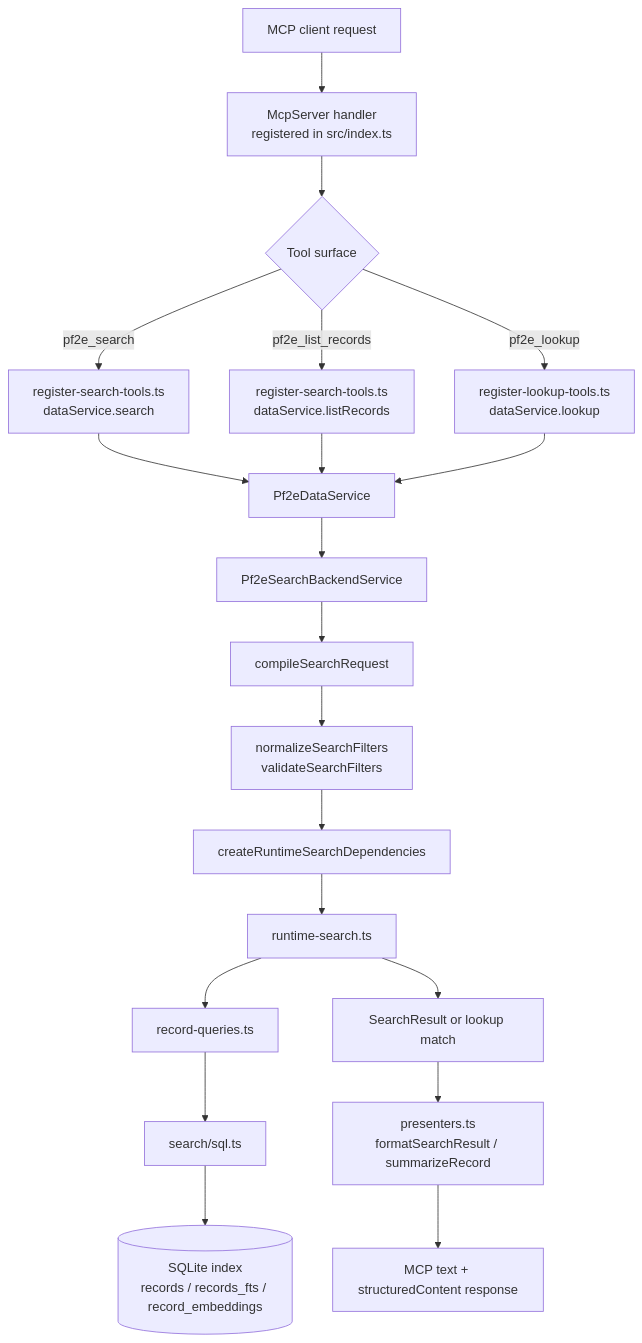
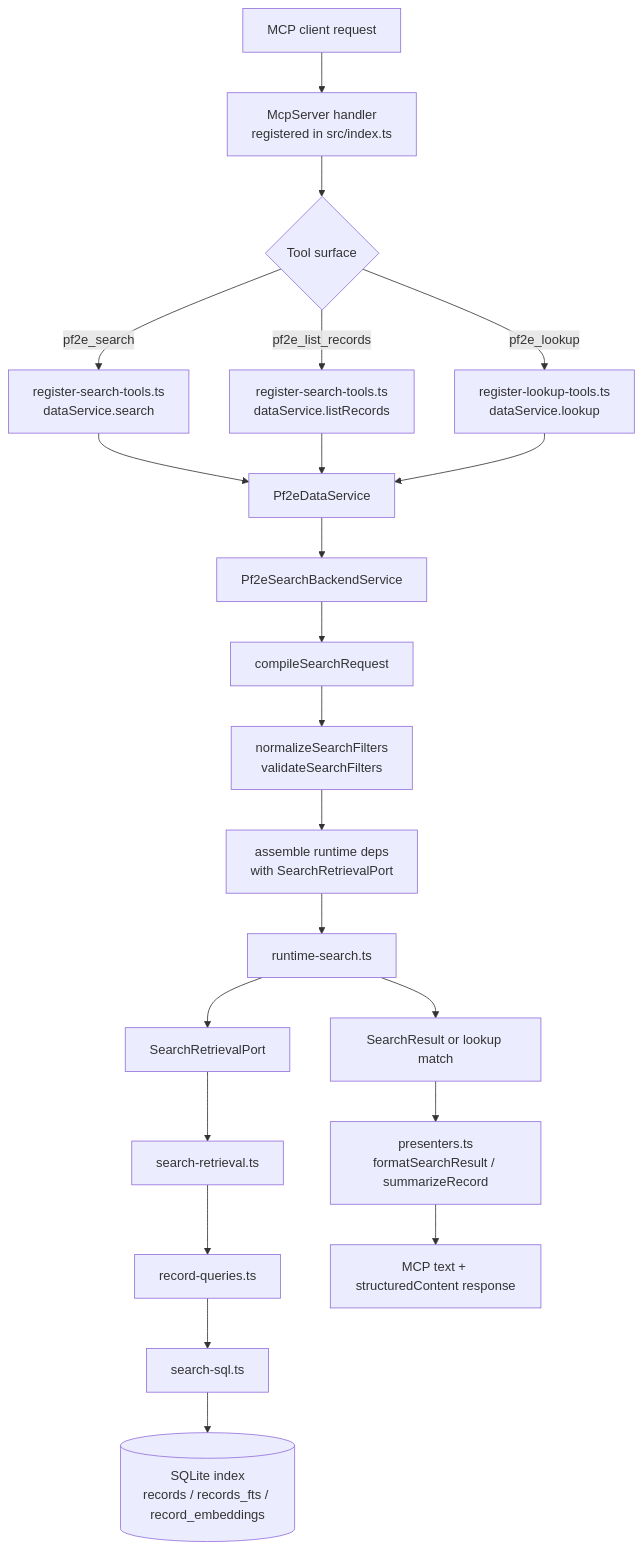
The first of 2 diagrams in docs/architecture/search.md (e-kosten/pf2e-atlas), drawn with Mermaid before and after one commit. The commit also changed other lines of this file and 25 other files, not shown here.

Commit message:
refactor: move physical search retrieval to data

````diff
--- a/docs/architecture/search.md
+++ b/docs/architecture/search.md
@@ -53,25 +54,27 @@
 ```mermaid
 flowchart TD
   A[MCP client request] --> B[McpServer handler<br/>registered in src/index.ts]
   B --> C{Tool surface}
   C -->|pf2e_search| D[register-search-tools.ts<br/>dataService.search]
   C -->|pf2e_list_records| E[register-search-tools.ts<br/>dataService.listRecords]
   C -->|pf2e_lookup| F[register-lookup-tools.ts<br/>dataService.lookup]
 
   D --> G[Pf2eDataService]
   E --> G
   F --> G
 
   G --> H[Pf2eSearchBackendService]
   H --> I[compileSearchRequest]
   I --> J[normalizeSearchFilters<br/>validateSearchFilters]
-  J --> K[createRuntimeSearchDependencies]
+  J --> K[assemble runtime deps<br/>with SearchRetrievalPort]
   K --> L[runtime-search.ts]
-  L --> M[record-queries.ts]
-  M --> N[search/sql.ts]
-  N --> O[(SQLite index<br/>records / records_fts / record_embeddings)]
+  L --> M[SearchRetrievalPort]
+  M --> N[search-retrieval.ts]
+  N --> O[record-queries.ts]
+  O --> P[search-sql.ts]
+  P --> Q[(SQLite index<br/>records / records_fts / record_embeddings)]
 
-  L --> P[SearchResult or lookup match]
-  P --> Q[presenters.ts<br/>formatSearchResult / summarizeRecord]
-  Q --> R[MCP text + structuredContent response]
+  L --> R[SearchResult or lookup match]
+  R --> S[presenters.ts<br/>formatSearchResult / summarizeRecord]
+  S --> T[MCP text + structuredContent response]
 ```
````
